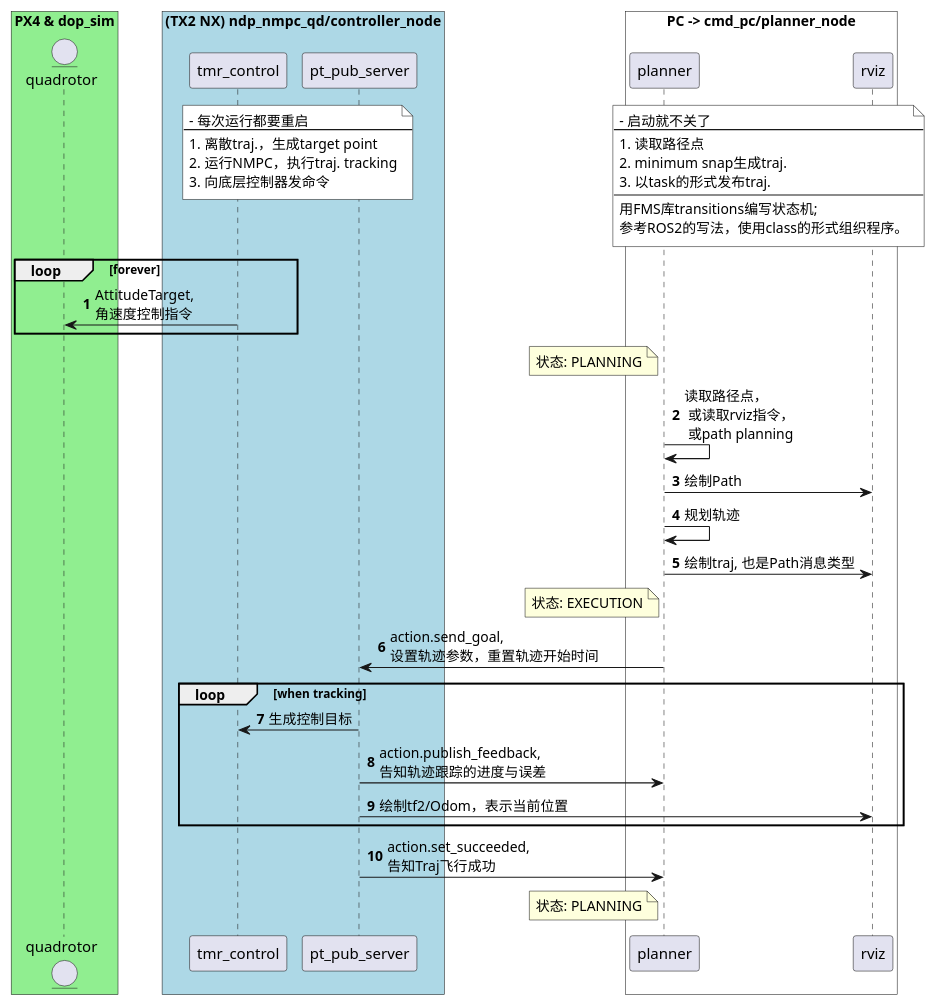
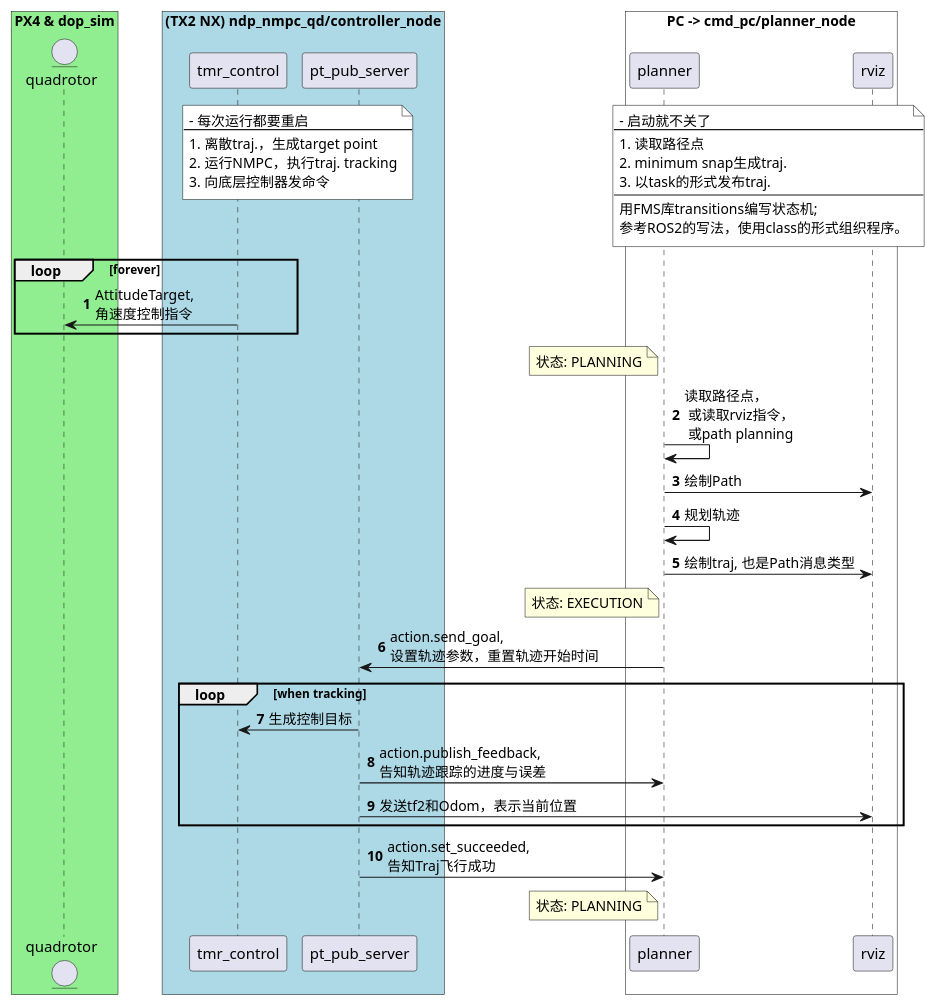
Before and after one commit to Li-Jinjie/cmd_pc: the diagram in UMLs/workflow.puml, drawn with PlantUML.

Commit message:
Update workflow.puml
hope successful this time

```diff
--- a/UMLs/workflow.puml
+++ b/UMLs/workflow.puml
@@ -1,80 +1,80 @@
 @startuml
 'https://plantuml.com/sequence-diagram
 
 autonumber
 
 box "PX4 & dop_sim" #LightGreen
 entity quadrotor
 end box
 
 box "(TX2 NX)  ndp_nmpc_qd/controller_node" #LightBLUE
 participant tmr_control
 participant pt_pub_server
 end box
 
 note over tmr_control, pt_pub_server #white
 - 每次运行都要重启
 ---
 1. 离散traj.，生成target point
 2. 运行NMPC，执行traj. tracking
 3. 向底层控制器发命令
 end note
 
 /note over planner, rviz #white
 - 启动就不关了
 ---
 1. 读取路径点
 2. minimum snap生成traj.
 3. 以task的形式发布traj.
 ---
 用FMS库transitions编写状态机;
 参考ROS2的写法，使用class的形式组织程序。
 end note
 
 loop forever
 tmr_control -> quadrotor: AttitudeTarget, \n角速度控制指令
 end
 
 'note right of pt_publisher #aqua
 '需要从ROS里拿一个parameter
 '确定是选SE3还是NMPC
 'end note
 
 box "PC -> cmd_pc/planner_node" #White
 participant planner
 entity rviz
 end box
 
 note left planner
 状态: PLANNING
 end note
 planner -> planner: 读取路径点，\n 或读取rviz指令，\n 或path planning
 planner -> rviz: 绘制Path
 'path_planner -> traj_generator: self_defined.srv.FollowPath
 
 planner -> planner: 规划轨迹
 planner -> rviz: 绘制traj, 也是Path消息类型
 
 note left of planner
 状态: EXECUTION
 end note
 
 planner -> pt_pub_server: action.send_goal, \n设置轨迹参数，重置轨迹开始时间
 
 loop when tracking
     pt_pub_server -> tmr_control: 生成控制目标
     pt_pub_server -> planner: action.publish_feedback, \n告知轨迹跟踪的进度与误差
-    pt_pub_server -> rviz: 绘制tf2/Odom，表示当前位置
+    pt_pub_server -> rviz: 发送tf2和Odom，表示当前位置
 end
 
 pt_pub_server -> planner: action.set_succeeded, \n告知Traj飞行成功
 'planner -> planner: self_defined.srv.FollowPath, \n告知Path是否飞行成功
 
 note left of planner
 状态: PLANNING
 end note
 
 ' 状态： TAKEOFF, PLANNING, EXECUTION, LAND
 
 
 @enduml
```
